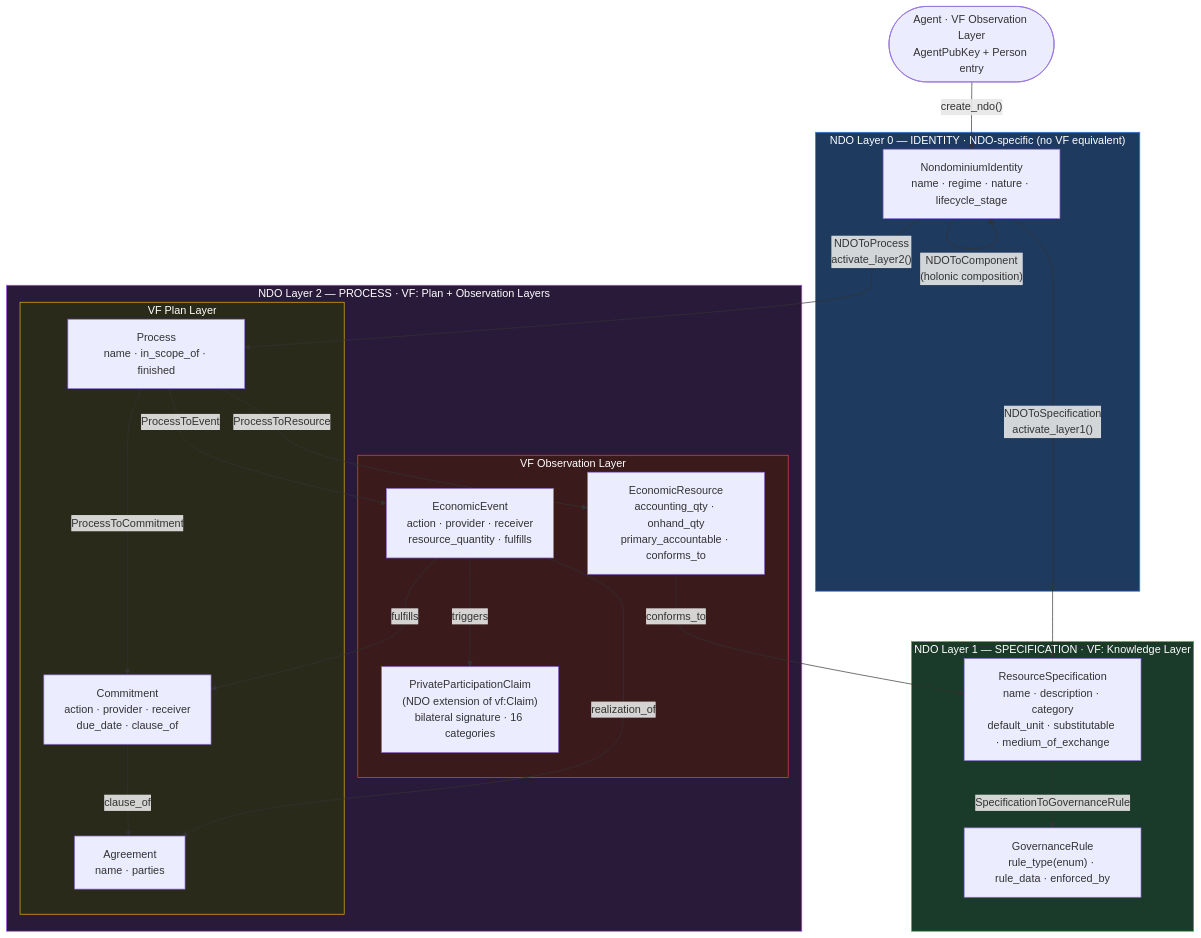
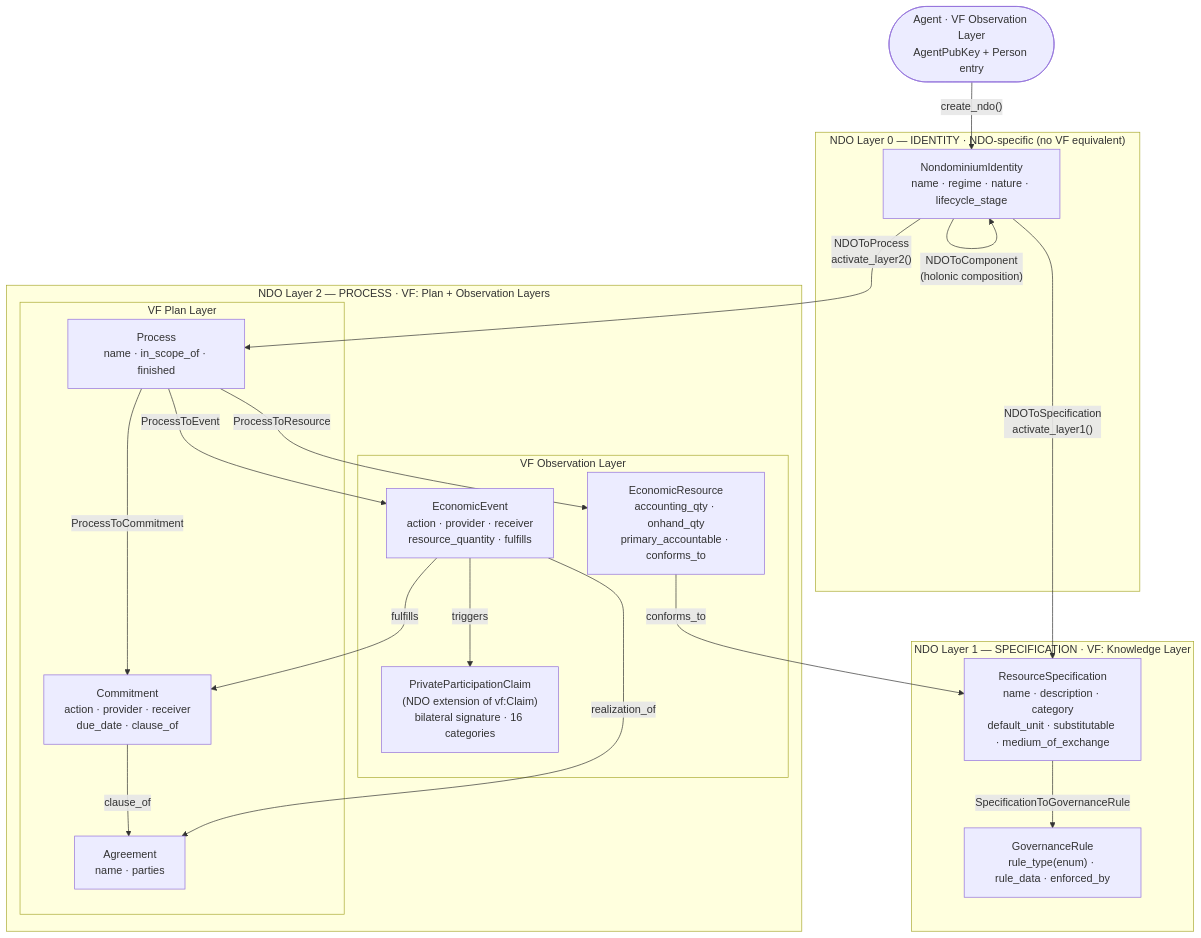
One commit to Sensorica/nondominium changed the first of 3 diagrams in documentation/specifications/ndo-v1-architecture-design.md. Above: the diagram before and after it, drawn with Mermaid. The commit also changed other lines of this file, not shown here.

First line of the commit message:
docs(specifications): replace cross-zome ASCII with Mermaid sequence diagram

````diff
--- a/documentation/specifications/ndo-v1-architecture-design.md
+++ b/documentation/specifications/ndo-v1-architecture-design.md
@@ -395,47 +395,41 @@
 ```mermaid
 flowchart TD
     subgraph L0["NDO Layer 0 — IDENTITY · NDO-specific (no VF equivalent)"]
         NDO["NondominiumIdentity\nname · regime · nature · lifecycle_stage"]
     end
 
     subgraph L1["NDO Layer 1 — SPECIFICATION · VF: Knowledge Layer"]
         SPEC["ResourceSpecification\nname · description · category\ndefault_unit · substitutable · medium_of_exchange"]
         GRULE["GovernanceRule\nrule_type(enum) · rule_data · enforced_by"]
     end
 
     subgraph L2["NDO Layer 2 — PROCESS · VF: Plan + Observation Layers"]
         subgraph VFP["VF Plan Layer"]
             PROC["Process\nname · in_scope_of · finished"]
             COMMIT["Commitment\naction · provider · receiver\ndue_date · clause_of"]
             AGREE["Agreement\nname · parties"]
         end
         subgraph VFO["VF Observation Layer"]
             ERES["EconomicResource\naccounting_qty · onhand_qty\nprimary_accountable · conforms_to"]
             EEVENT["EconomicEvent\naction · provider · receiver\nresource_quantity · fulfills"]
             PPR["PrivateParticipationClaim\n(NDO extension of vf:Claim)\nbilateral signature · 16 categories"]
         end
     end
 
     Agent(["Agent · VF Observation Layer\nAgentPubKey + Person entry"])
 
     Agent -->|"create_ndo()"| NDO
     NDO -->|"NDOToSpecification\nactivate_layer1()"| SPEC
     SPEC -->|"SpecificationToGovernanceRule"| GRULE
     NDO -->|"NDOToProcess\nactivate_layer2()"| PROC
     PROC -->|"ProcessToResource"| ERES
     ERES -->|"conforms_to"| SPEC
     PROC -->|"ProcessToEvent"| EEVENT
     PROC -->|"ProcessToCommitment"| COMMIT
     COMMIT -->|"clause_of"| AGREE
     EEVENT -->|"fulfills"| COMMIT
     EEVENT -->|"realization_of"| AGREE
     EEVENT -->|"triggers"| PPR
 
     NDO -->|"NDOToComponent\n(holonic composition)"| NDO
-
-    style L0  fill:#1e3a5f,color:#fff,stroke:#3b82f6
-    style L1  fill:#1a3a2a,color:#fff,stroke:#22c55e
-    style L2  fill:#2a1a3a,color:#fff,stroke:#a855f7
-    style VFP fill:#2a2a1a,color:#fff,stroke:#eab308
-    style VFO fill:#3a1a1a,color:#fff,stroke:#ef4444
 ```
````
